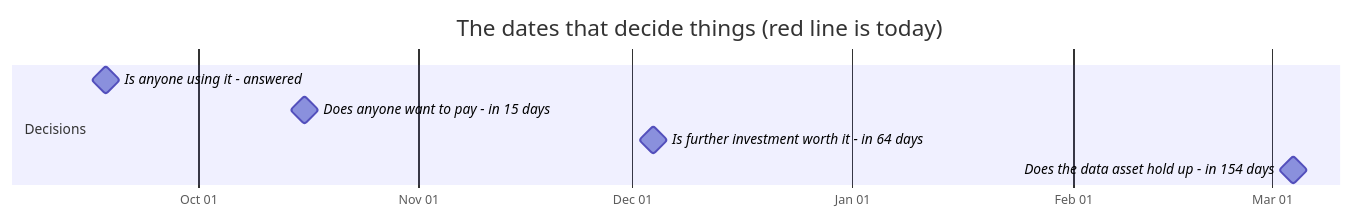
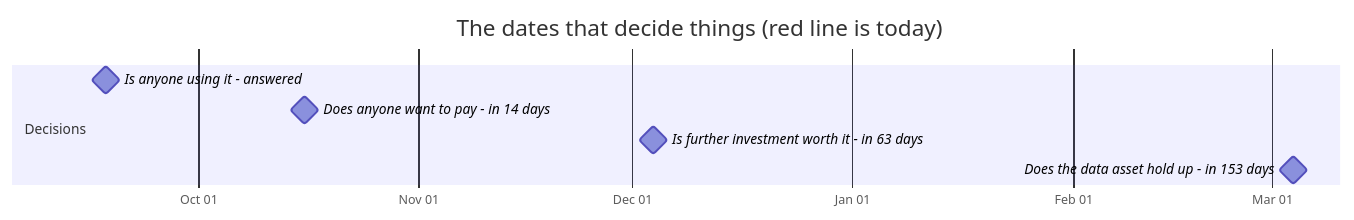
Before and after one commit to jakegu1/vetagent: the first of 2 diagrams in docs/OWNER.md, drawn with Mermaid. The commit also changed other lines of this file, not shown here.

````diff
--- a/docs/OWNER.md
+++ b/docs/OWNER.md
@@ -67,12 +76,12 @@
 ```mermaid
 gantt
     dateFormat YYYY-MM-DD
     axisFormat %b %d
     todayMarker stroke-width:3px,stroke:#d33,stroke-dasharray:0
     title The dates that decide things (red line is today)
     section Decisions
     Is anyone using it - answered :milestone, 2026-09-18, 0d
-    Does anyone want to pay - in 15 days :milestone, 2026-10-16, 0d
-    Is further investment worth it - in 64 days :milestone, 2026-12-04, 0d
-    Does the data asset hold up - in 154 days :milestone, 2027-03-04, 0d
+    Does anyone want to pay - in 14 days :milestone, 2026-10-16, 0d
+    Is further investment worth it - in 63 days :milestone, 2026-12-04, 0d
+    Does the data asset hold up - in 153 days :milestone, 2027-03-04, 0d
 ```
````
